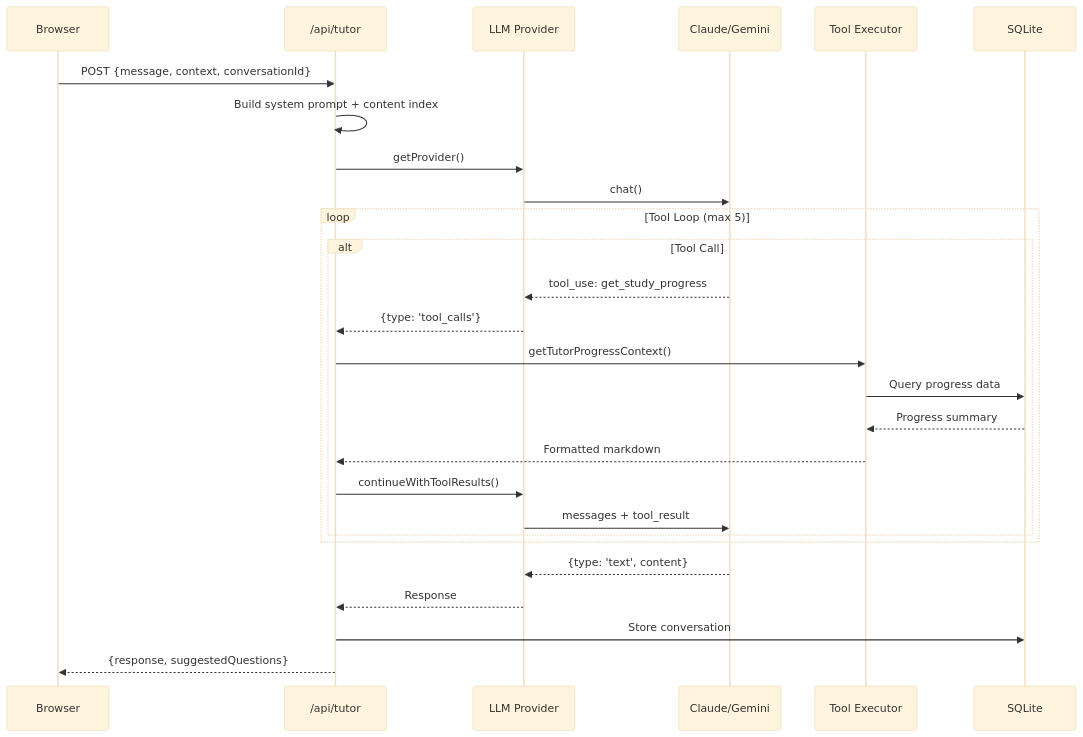
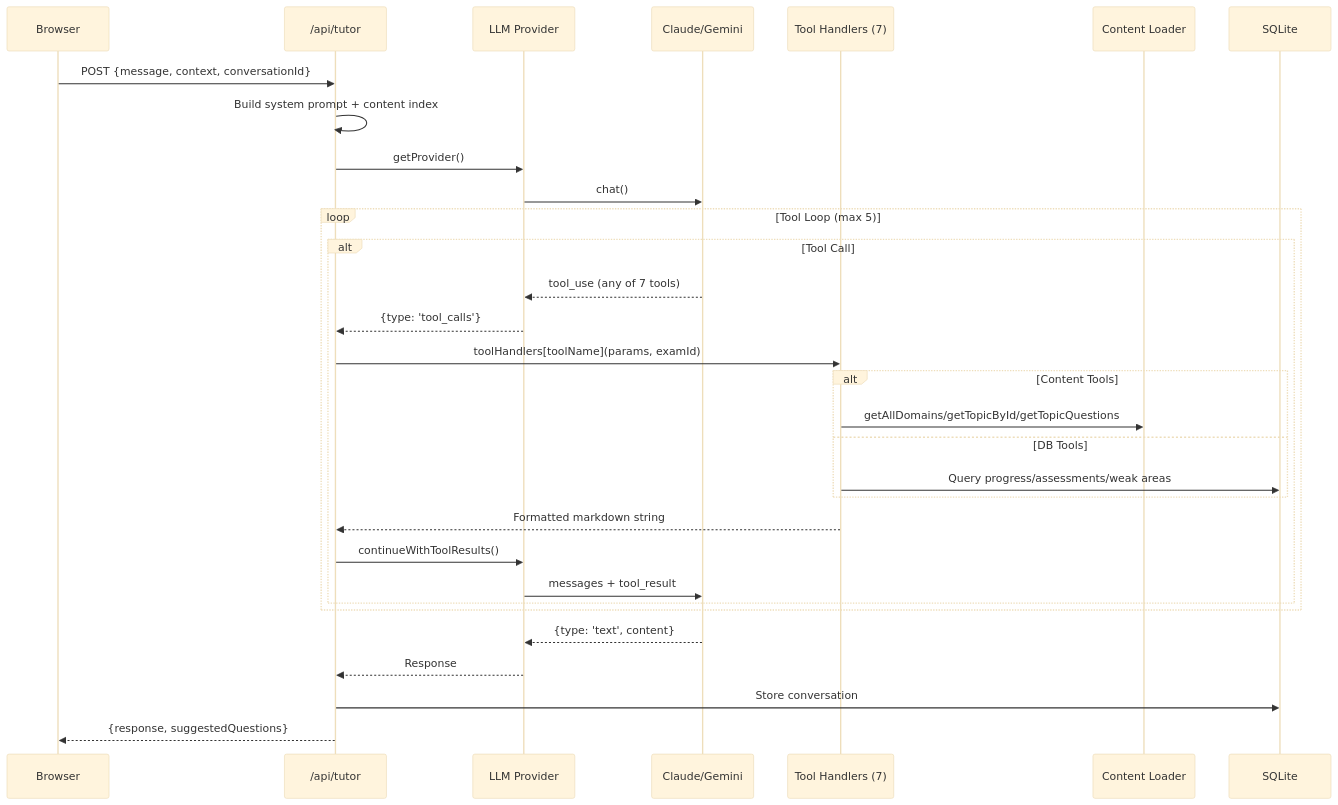
Before and after one commit to atbrace/sa-pro-study-companion: the fifth of 5 diagrams in docs/CODEBASE_MAP.md, drawn with Mermaid (base theme). The commit also changed other lines of this file, not shown here.

First line of the commit message:
docs: update CODEBASE_MAP.md for 7-tool tutor system

````diff
--- a/docs/CODEBASE_MAP.md
+++ b/docs/CODEBASE_MAP.md
@@ -437,32 +451,36 @@
 ```mermaid
 sequenceDiagram
     participant Browser
     participant API as /api/tutor
     participant Provider as LLM Provider
     participant LLM as Claude/Gemini
-    participant Tools as Tool Executor
+    participant Handlers as Tool Handlers (7)
+    participant Content as Content Loader
     participant DB as SQLite
 
     Browser->>API: POST {message, context, conversationId}
     API->>API: Build system prompt + content index
     API->>Provider: getProvider()
     Provider->>LLM: chat()
 
     loop Tool Loop (max 5)
         alt Tool Call
-            LLM-->>Provider: tool_use: get_study_progress
+            LLM-->>Provider: tool_use (any of 7 tools)
             Provider-->>API: {type: 'tool_calls'}
-            API->>Tools: getTutorProgressContext()
-            Tools->>DB: Query progress data
-            DB-->>Tools: Progress summary
-            Tools-->>API: Formatted markdown
+            API->>Handlers: toolHandlers[toolName](params, examId)
+            alt Content Tools
+                Handlers->>Content: getAllDomains/getTopicById/getTopicQuestions
+            else DB Tools
+                Handlers->>DB: Query progress/assessments/weak areas
+            end
+            Handlers-->>API: Formatted markdown string
             API->>Provider: continueWithToolResults()
             Provider->>LLM: messages + tool_result
         end
     end
 
     LLM-->>Provider: {type: 'text', content}
     Provider-->>API: Response
     API->>DB: Store conversation
     API-->>Browser: {response, suggestedQuestions}
 ```
````
